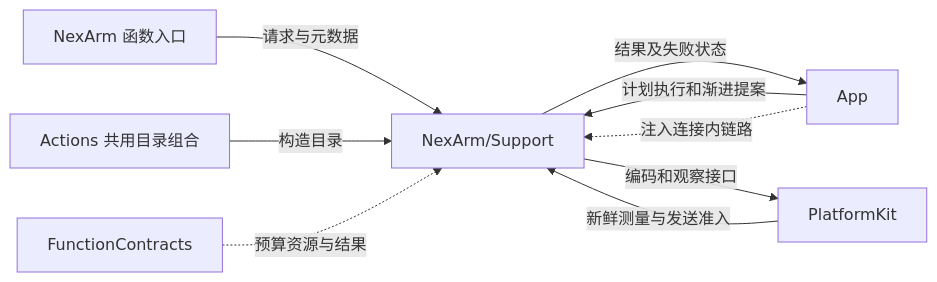
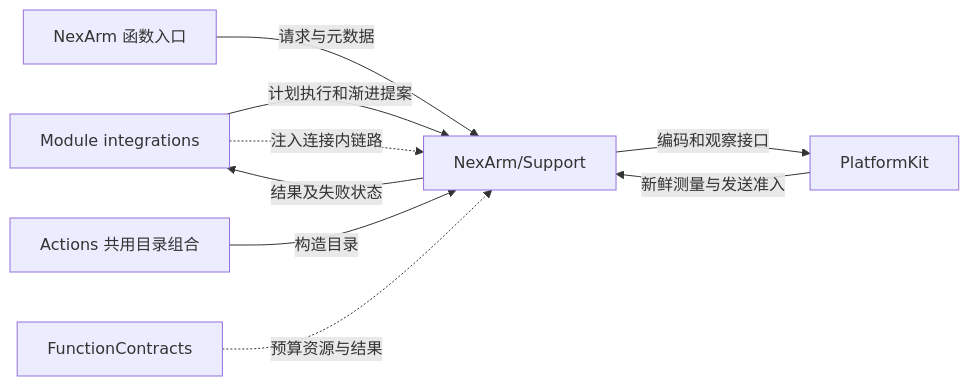
The first of 2 diagrams in MobileHarness/Actions/NexArm/Support/README.md (devilyouwei/MobileHarness), drawn with Mermaid before and after one commit. The commit also changed other lines of this file and 254 other files, not shown here.

First line of the commit message:
refactor: isolate app composition and module bindings

````diff
--- a/MobileHarness/Actions/NexArm/Support/README.md
+++ b/MobileHarness/Actions/NexArm/Support/README.md
@@ -9,11 +9,12 @@
 ```mermaid
 flowchart LR
+ Bindings[Module integrations]
     Entries[NexArm 函数入口] -->|请求与元数据| S[NexArm/Support]
-    App -->|计划执行和渐进提案| S
-    App -.->|注入连接内链路| S
-    S -->|结果及失败状态| App
+    Bindings -->|计划执行和渐进提案| S
+    Bindings -.->|注入连接内链路| S
+    S -->|结果及失败状态| Bindings
     S -->|编码和观察接口| PlatformKit
     PlatformKit -->|新鲜测量与发送准入| S
     Catalog[Actions 共用目录组合] -->|构造目录| S
     Contracts[FunctionContracts] -.->|预算资源与结果| S
 ```
````
